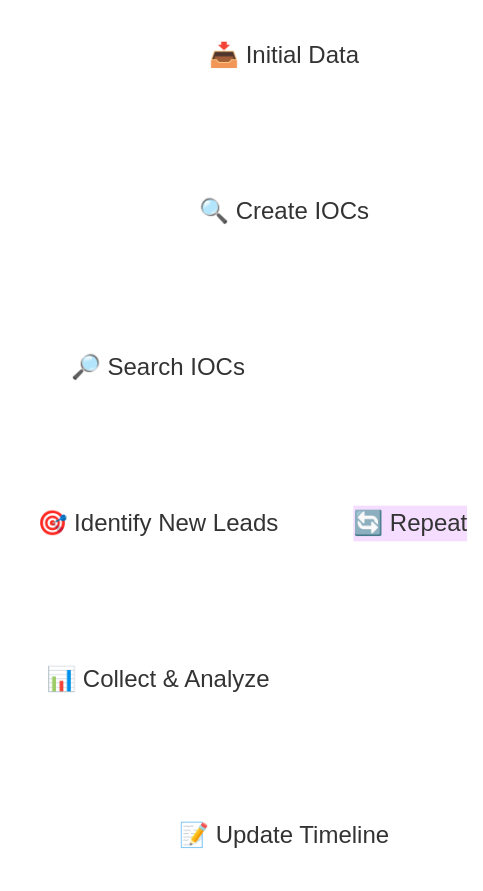
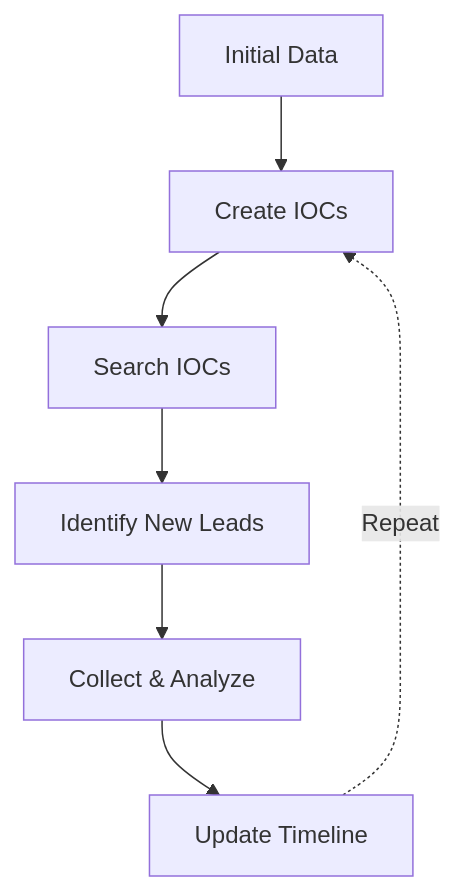
Before and after one commit to manojxshrestha/SOC-Analyst-Cheatsheet: diagram 19 of 29 in 1-Incident-Handling-Process/README.md, drawn with Mermaid. The commit also changed other lines of this file, not shown here.

````diff
--- a/1-Incident-Handling-Process/README.md
+++ b/1-Incident-Handling-Process/README.md
@@ -723,13 +634,9 @@
 ```mermaid
-%%{init: {'theme': 'base', 'themeVariables': { 'lineColor': '#fff', 'nodeBorder': '#fff'}}}%%
-graph TD
-    A(📥 Initial Data) --> B(🔍 Create IOCs)
-    B --> C(🔎 Search IOCs)
-    C --> D(🎯 Identify New Leads)
-    D --> E(📊 Collect & Analyze)
-    E --> F(📝 Update Timeline)
-    F -.->|🔄 Repeat| B
-    
-    classDef step fill:#fff,stroke:#fff,stroke-width:2px,rx:8,ry:8,color:#333;
-    class A,B,C,D,E,F step;
+flowchart TD
+    A[Initial Data] --> B[Create IOCs]
+    B --> C[Search IOCs]
+    C --> D[Identify New Leads]
+    D --> E[Collect & Analyze]
+    E --> F[Update Timeline]
+    F -.->|Repeat| B
 ```
````
